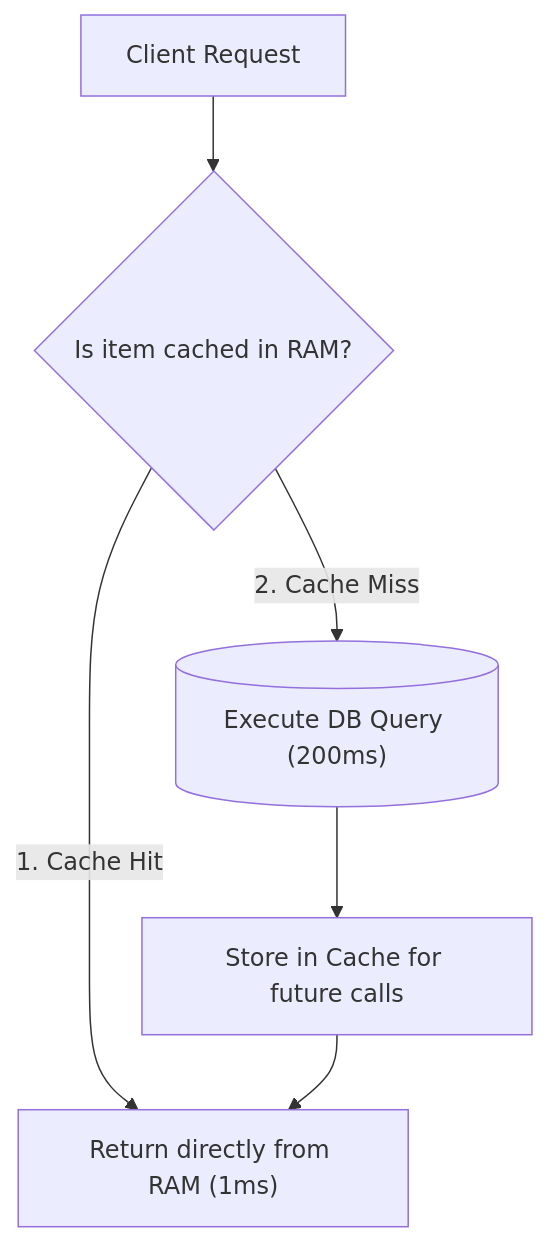
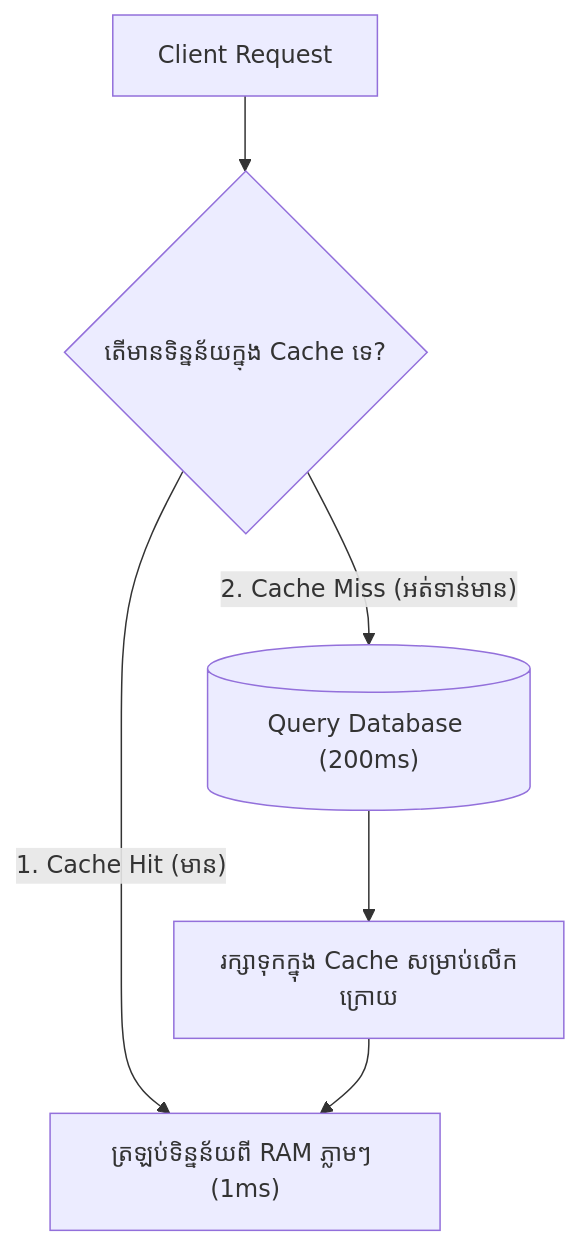
One commit to sakousa856-sketch/java-spring-for-developers-khmer changed the diagram in 04-spring-boot/06-advanced-spring-boot-features/04-caching/README.md. Above: the diagram before and after it, drawn with Mermaid. The commit also changed other lines of this file and 290 other files, not shown here.

````diff
--- a/04-spring-boot/06-advanced-spring-boot-features/04-caching/README.md
+++ b/04-spring-boot/06-advanced-spring-boot-features/04-caching/README.md
@@ -30,7 +28,8 @@
 ```mermaid
 flowchart TD
-    Client["Client Request"] --> CacheCheck{"Is item cached in RAM?"}
-    CacheCheck -- "1. Cache Hit" --> FastReturn["Return directly from RAM (1ms)"]
-    CacheCheck -- "2. Cache Miss" --> DB[("Execute DB Query (200ms)")]
-    DB --> SaveCache["Store in Cache for future calls"] --> FastReturn
+    Client["Client Request"] --> CacheCheck{"តើមានទិន្នន័យក្នុង Cache ទេ?"}
+    CacheCheck -- "1. Cache Hit (មាន)" --> FastReturn["ត្រឡប់ទិន្នន័យពី RAM ភ្លាមៗ (1ms)"]
+    CacheCheck -- "2. Cache Miss (អត់ទាន់មាន)" --> DB[("Query Database (200ms)")]
+    DB --> SaveCache["រក្សាទុកក្នុង Cache សម្រាប់លើកក្រោយ"] --> FastReturn
+
 ```
````
